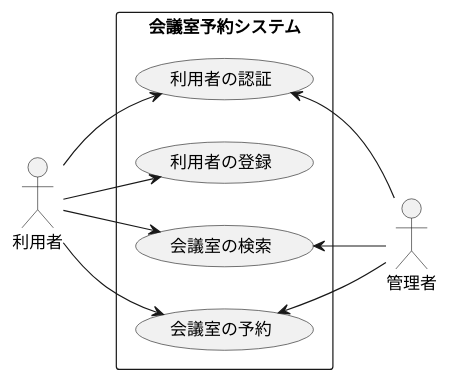
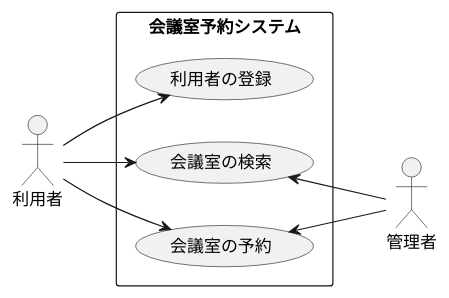
Before and after one commit to k2works/case-study-mrs: diagram 15 of 15 in docs/index.adoc, drawn with PlantUML. The commit also changed other lines of this file, not shown here.

```diff
--- a/docs/index.adoc
+++ b/docs/index.adoc
@@ -672,21 +505,18 @@
 [plantuml]
 ----
 @startuml
 left to right direction
 actor "利用者" as user
 actor "管理者" as admin
 rectangle 会議室予約システム {
-  usecase "利用者の認証" as UC1
-  usecase "利用者の登録" as UC2
-  usecase "会議室の検索" as UC3
-  usecase "会議室の予約" as UC4
+  usecase "利用者の登録" as UC1
+  usecase "会議室の検索" as UC2
+  usecase "会議室の予約" as UC3
 }
 user --> UC1
 user --> UC2
 user --> UC3
-user --> UC4
-UC1 <-- admin
+UC2 <-- admin
 UC3 <-- admin
-UC4 <-- admin
 @enduml
 ----
```
